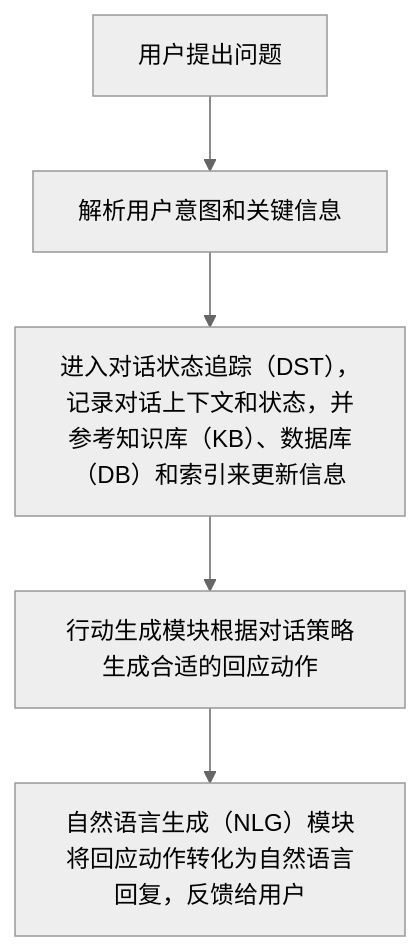
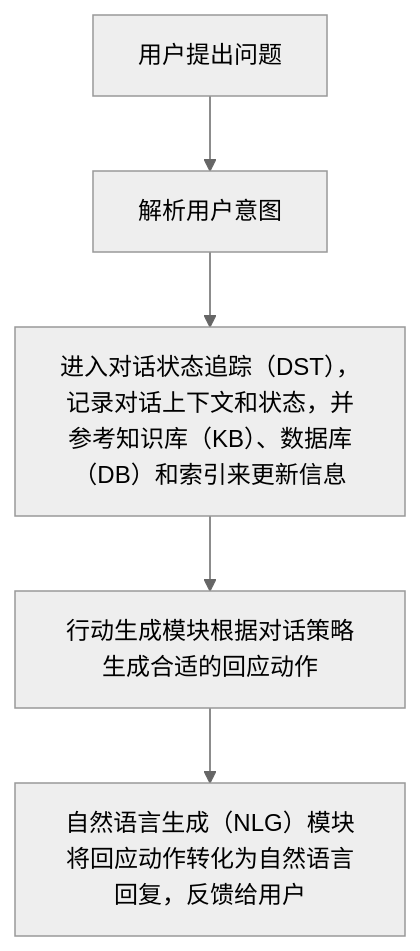
Before and after one commit to Let-9/iodraw-files: the diagram in all/未命名-3.md, drawn with Mermaid (neutral theme).

Commit message:
2024-12-10 11:32:02 update

````diff
--- a/all/未命名-3.md
+++ b/all/未命名-3.md
@@ -1,7 +1,7 @@
 ```mermaid
 graph TD;
-    A[用户提出问题] --> B[解析用户意图和关键信息];
+    A[用户提出问题] --> B[解析用户意图];
     B --> C[进入对话状态追踪（DST），记录对话上下文和状态，并参考知识库（KB）、数据库（DB）和索引来更新信息];
     C --> D[行动生成模块根据对话策略生成合适的回应动作];
     D --> E[自然语言生成（NLG）模块将回应动作转化为自然语言回复，反馈给用户];
 ```
````
